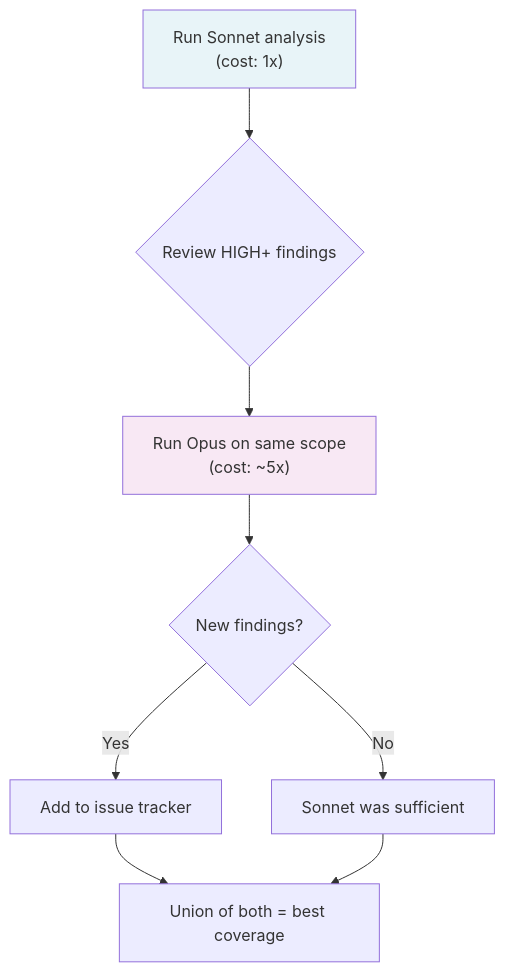
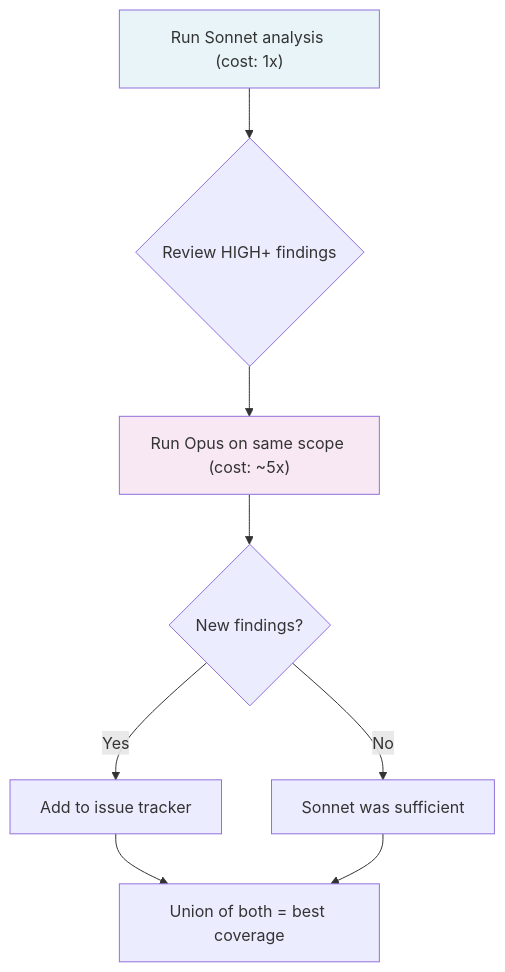
The fifth of 5 diagrams in src/content/blog/en/dual-model-code-review.md (INS-JVidal/beyond-vibe-coding), drawn with Mermaid before and after one commit. The commit also changed 1 other file, not shown here.

Commit message:
Fix mermaid diagrams: remove invalid %%init directives
The %%{init} blocks used CSS values (none, inherit, transparent)
as Mermaid theme variables — Mermaid expects hex colors. Also
fill:none is not a valid Mermaid fill value. Replaced with
proper hex fills and removed all %%{init} blocks (theme is
handled by mermaid.initialize in the layout script).

````diff
--- a/src/content/blog/en/dual-model-code-review.md
+++ b/src/content/blog/en/dual-model-code-review.md
@@ -190,13 +190,13 @@
 ```mermaid
 flowchart TD
-    A["Run Sonnet analysis<br/>(cost: 1x)"] --> B{"Review HIGH+ findings"}
-    B --> C["Run Opus on same scope<br/>(cost: ~5x)"]
+    A["Run Sonnet analysis (cost: 1x)"] --> B{"Review HIGH+ findings"}
+    B --> C["Run Opus on same scope (cost: ~5x)"]
     C --> D{"New findings?"}
     D -->|"Yes"| E["Add to issue tracker"]
     D -->|"No"| F["Sonnet was sufficient"]
     E --> G["Union of both = best coverage"]
     F --> G
 
     style A fill:#e8f4f8
     style C fill:#f8e8f4
 ```
````
